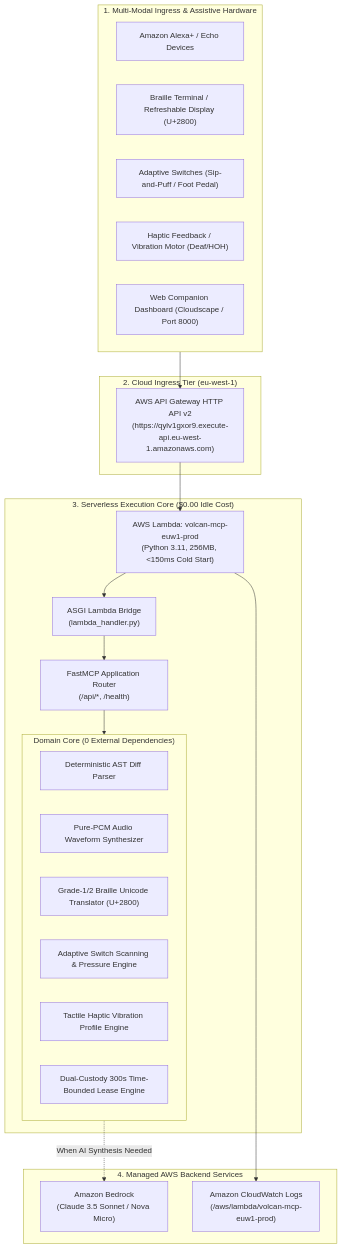
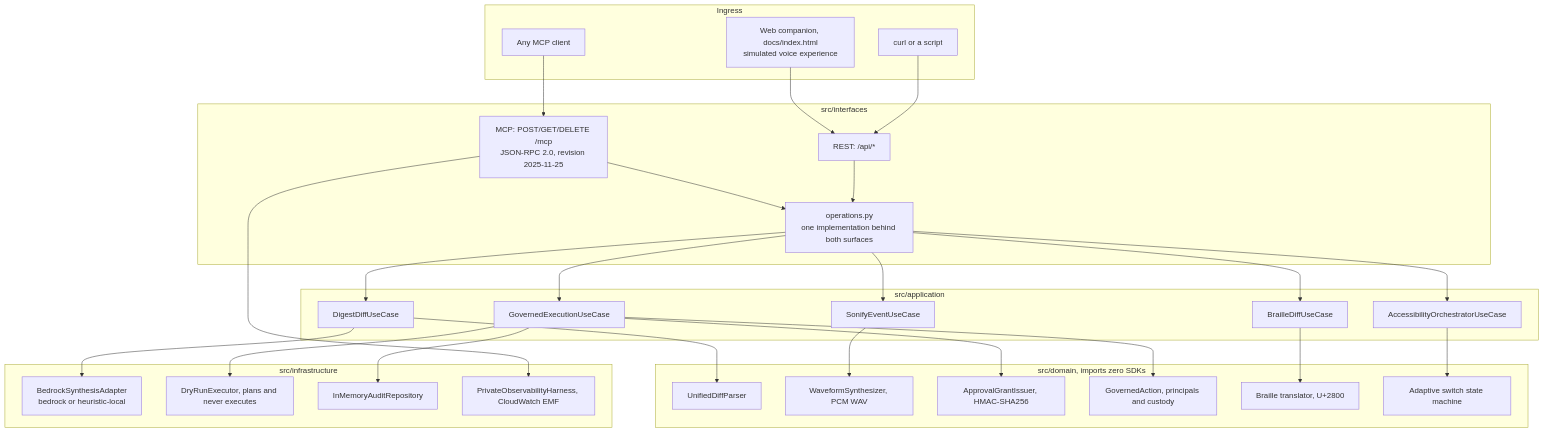
One commit to upgradedev/volcan_amazon changed the diagram in docs/COMPLIANCE_AND_ARCHITECTURE.md. Above: the diagram before and after it, drawn with Mermaid. The commit also changed other lines of this file and 9 other files, not shown here.

````diff
--- a/docs/COMPLIANCE_AND_ARCHITECTURE.md
+++ b/docs/COMPLIANCE_AND_ARCHITECTURE.md
@@ -12,42 +19,59 @@
 ```mermaid
 flowchart TD
-    subgraph INGRESS["1. Multi-Modal Ingress & Assistive Hardware"]
-        ALEXA["Amazon Alexa+ / Echo Devices"]
-        BRAILLE["Braille Terminal / Refreshable Display (U+2800)"]
-        SWITCH["Adaptive Switches (Sip-and-Puff / Foot Pedal)"]
-        HAPTIC["Haptic Feedback / Vibration Motor (Deaf/HOH)"]
-        COMPANION["Web Companion Dashboard (Cloudscape / Port 8000)"]
+    subgraph INGRESS["Ingress"]
+        COMPANION["Web companion, docs/index.html<br/>simulated voice experience"]
+        MCPCLIENT["Any MCP client"]
+        CURL["curl or a script"]
     end
 
-    subgraph APIGW["2. Cloud Ingress Tier (eu-west-1)"]
-        GATEWAY["AWS API Gateway HTTP API v2\n(https://qylv1gxor9.execute-api.eu-west-1.amazonaws.com)"]
+    subgraph INTERFACES["src/interfaces"]
+        MCP["MCP: POST/GET/DELETE /mcp<br/>JSON-RPC 2.0, revision 2025-11-25"]
+        REST["REST: /api/*"]
+        OPS["operations.py<br/>one implementation behind both surfaces"]
     end
 
-    subgraph LAMBDA["3. Serverless Execution Core ($0.00 Idle Cost)"]
-        FUNC["AWS Lambda: volcan-mcp-euw1-prod\n(Python 3.11, 256MB, <150ms Cold Start)"]
-        BRIDGE["ASGI Lambda Bridge\n(lambda_handler.py)"]
-        ROUTER["FastMCP Application Router\n(/api/*, /health)"]
-        
-        subgraph DOMAIN["Domain Core (0 External Dependencies)"]
-            AST["Deterministic AST Diff Parser"]
-            SONIF["Pure-PCM Audio Waveform Synthesizer"]
-            BRL["Grade-1/2 Braille Unicode Translator (U+2800)"]
-            SW_CTRL["Adaptive Switch Scanning & Pressure Engine"]
-            HAP_CTRL["Tactile Haptic Vibration Profile Engine"]
-            GOV["Dual-Custody 300s Time-Bounded Lease Engine"]
-        end
+    subgraph APPLICATION["src/application"]
+        DIGEST["DigestDiffUseCase"]
+        GOV["GovernedExecutionUseCase"]
+        SONIFY["SonifyEventUseCase"]
+        BRAILLE["BrailleDiffUseCase"]
+        A11Y["AccessibilityOrchestratorUseCase"]
     end
 
-    subgraph AWS_SERVICES["4. Managed AWS Backend Services"]
-        BEDROCK["Amazon Bedrock\n(Claude 3.5 Sonnet / Nova Micro)"]
-        CW["Amazon CloudWatch Logs\n(/aws/lambda/volcan-mcp-euw1-prod)"]
+    subgraph DOMAIN["src/domain, imports zero SDKs"]
+        PARSER["UnifiedDiffParser"]
+        WAVE["WaveformSynthesizer, PCM WAV"]
+        GRANT["ApprovalGrantIssuer, HMAC-SHA256"]
+        ACTION["GovernedAction, principals and custody"]
+        BRL["Braille translator, U+2800"]
+        SWITCH["Adaptive switch state machine"]
     end
 
-    INGRESS --> GATEWAY
-    GATEWAY --> FUNC
-    FUNC --> BRIDGE
-    BRIDGE --> ROUTER
-    ROUTER --> DOMAIN
-    DOMAIN -.->|When AI Synthesis Needed| BEDROCK
-    FUNC --> CW
+    subgraph INFRA["src/infrastructure"]
+        BEDROCK["BedrockSynthesisAdapter<br/>bedrock or heuristic-local"]
+        PLANNER["DryRunExecutor, plans and never executes"]
+        AUDIT["InMemoryAuditRepository"]
+        OBS["PrivateObservabilityHarness, CloudWatch EMF"]
+    end
+
+    COMPANION --> REST
+    MCPCLIENT --> MCP
+    CURL --> REST
+    MCP --> OPS
+    REST --> OPS
+    OPS --> DIGEST
+    OPS --> GOV
+    OPS --> SONIFY
+    OPS --> BRAILLE
+    OPS --> A11Y
+    DIGEST --> PARSER
+    DIGEST --> BEDROCK
+    SONIFY --> WAVE
+    GOV --> GRANT
+    GOV --> ACTION
+    GOV --> PLANNER
+    GOV --> AUDIT
+    BRAILLE --> BRL
+    A11Y --> SWITCH
+    MCP --> OBS
 ```
````
